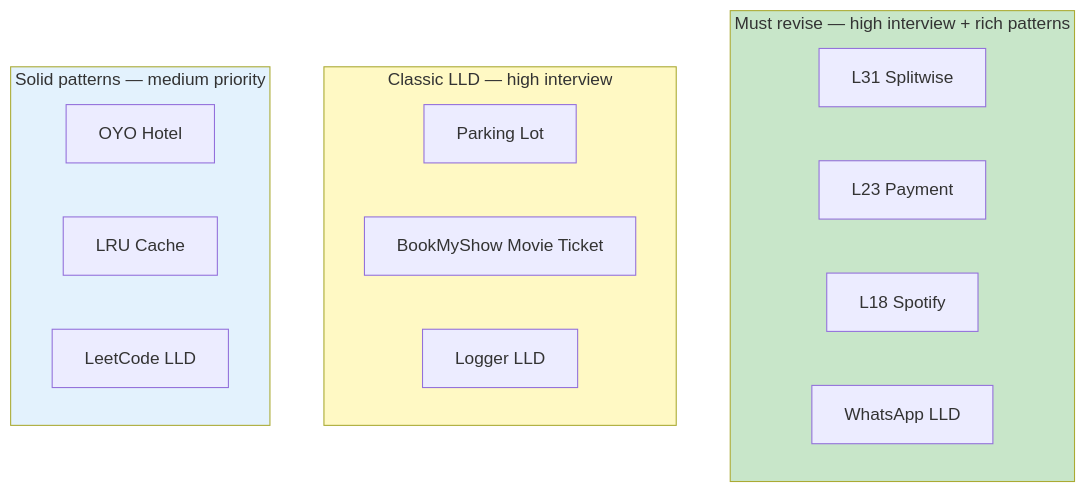
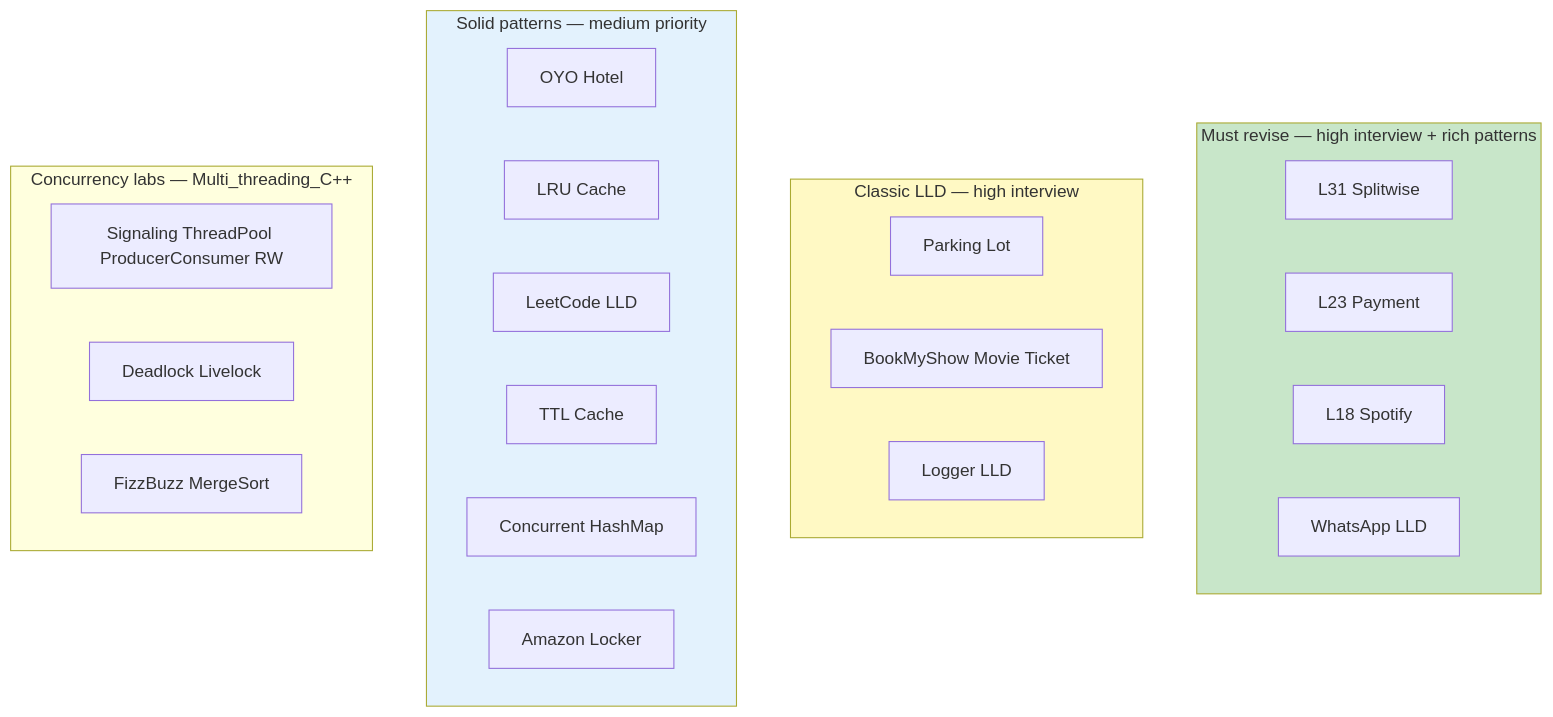
The seventh of 21 diagrams in PROJECT_DESIGN_PATTERNS.md (subhm2004/LLD), drawn with Mermaid before and after one commit. The commit also changed other lines of this file, not shown here.

````diff
--- a/PROJECT_DESIGN_PATTERNS.md
+++ b/PROJECT_DESIGN_PATTERNS.md
@@ -589,25 +596,34 @@
 ```mermaid
 flowchart TB
     subgraph must [Must revise — high interview + rich patterns]
         SW[L31 Splitwise]
         PAY[L23 Payment]
         SP[L18 Spotify]
         WA[WhatsApp LLD]
     end
 
     subgraph classic [Classic LLD — high interview]
         PK[Parking Lot]
         BK[BookMyShow Movie Ticket]
         LOG[Logger LLD]
     end
 
     subgraph solid [Solid patterns — medium priority]
         OYO[OYO Hotel]
         LRU[LRU Cache]
         LC[LeetCode LLD]
+        TTL[TTL Cache]
+        CHM[Concurrent HashMap]
+        LOCKER[Amazon Locker]
+    end
+
+    subgraph concurrency [Concurrency labs — Multi_threading_C++]
+        PAT[Signaling ThreadPool ProducerConsumer RW]
+        CHL[Deadlock Livelock]
+        INT[FizzBuzz MergeSort]
     end
 
     style must fill:#c8e6c9
     style classic fill:#fff9c4
     style solid fill:#e3f2fd
 ```
````
